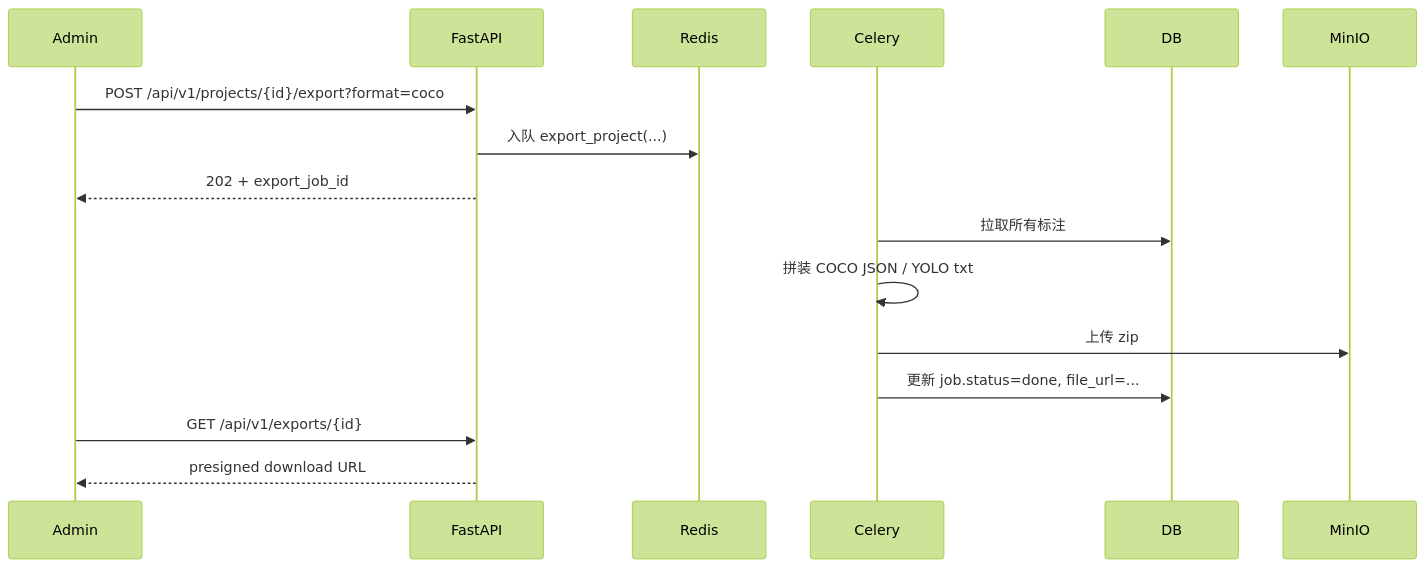
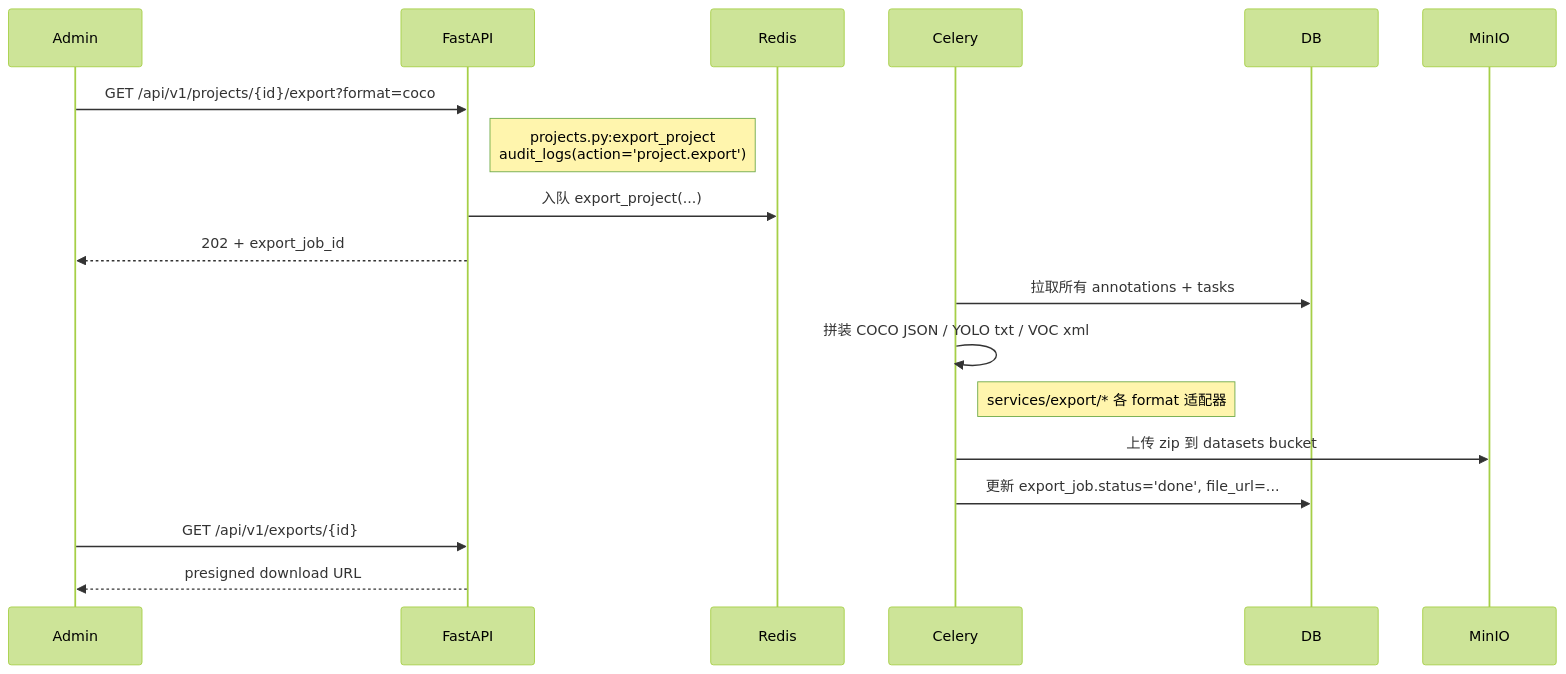
The third of 4 diagrams in docs-site/dev/architecture/data-flow.md (yyq19990828/ai-annotation-platform), drawn with Mermaid (forest theme) before and after one commit. The commit also changed other lines of this file and 42 other files, not shown here.

````diff
--- a/docs-site/dev/architecture/data-flow.md
+++ b/docs-site/dev/architecture/data-flow.md
@@ -56,19 +91,21 @@
 ```mermaid
 sequenceDiagram
   participant Admin
   participant A as FastAPI
   participant R as Redis
   participant C as Celery
   participant DB
   participant S as MinIO
 
-  Admin->>A: POST /api/v1/projects/{id}/export?format=coco
+  Admin->>A: GET /api/v1/projects/{id}/export?format=coco
+  Note right of A: projects.py:export_project<br/>audit_logs(action='project.export')
   A->>R: 入队 export_project(...)
   A-->>Admin: 202 + export_job_id
-  C->>DB: 拉取所有标注
-  C->>C: 拼装 COCO JSON / YOLO txt
-  C->>S: 上传 zip
-  C->>DB: 更新 job.status=done, file_url=...
+  C->>DB: 拉取所有 annotations + tasks
+  C->>C: 拼装 COCO JSON / YOLO txt / VOC xml
+  Note right of C: services/export/* 各 format 适配器
+  C->>S: 上传 zip 到 datasets bucket
+  C->>DB: 更新 export_job.status='done', file_url=...
   Admin->>A: GET /api/v1/exports/{id}
   A-->>Admin: presigned download URL
 ```
````
